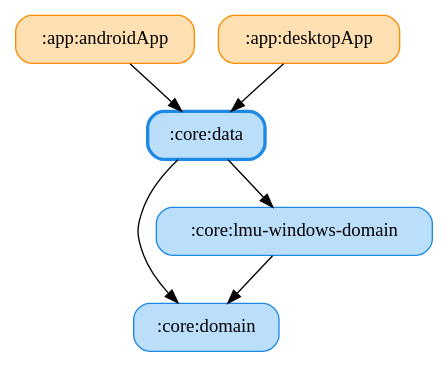
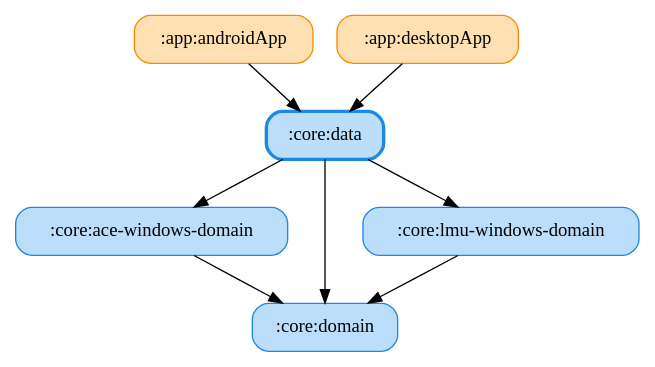
One commit to ai-kurou/KoDriver changed the diagram in docs/graphs/core-data.gv. Above: the diagram before and after it, drawn with Graphviz. The commit also changed 34 other files, not shown here.

Commit message:
chore: update module graph images

```diff
--- a/docs/graphs/core-data.gv
+++ b/docs/graphs/core-data.gv
@@ -1,14 +1,17 @@
 digraph G {
   rankdir=TB
   node [shape=box, style="rounded,filled"]
   ":app:androidApp" [fillcolor="#FFE0B2", color="#FB8C00", penwidth=1]
   ":app:desktopApp" [fillcolor="#FFE0B2", color="#FB8C00", penwidth=1]
+  ":core:ace-windows-domain" [fillcolor="#BBDEFB", color="#1E88E5", penwidth=1]
   ":core:data" [fillcolor="#BBDEFB", color="#1E88E5", penwidth=2.5]
   ":core:domain" [fillcolor="#BBDEFB", color="#1E88E5", penwidth=1]
   ":core:lmu-windows-domain" [fillcolor="#BBDEFB", color="#1E88E5", penwidth=1]
   ":app:androidApp" -> ":core:data"
   ":app:desktopApp" -> ":core:data"
+  ":core:ace-windows-domain" -> ":core:domain"
   ":core:data" -> ":core:domain"
+  ":core:data" -> ":core:ace-windows-domain"
   ":core:data" -> ":core:lmu-windows-domain"
   ":core:lmu-windows-domain" -> ":core:domain"
 }
```
